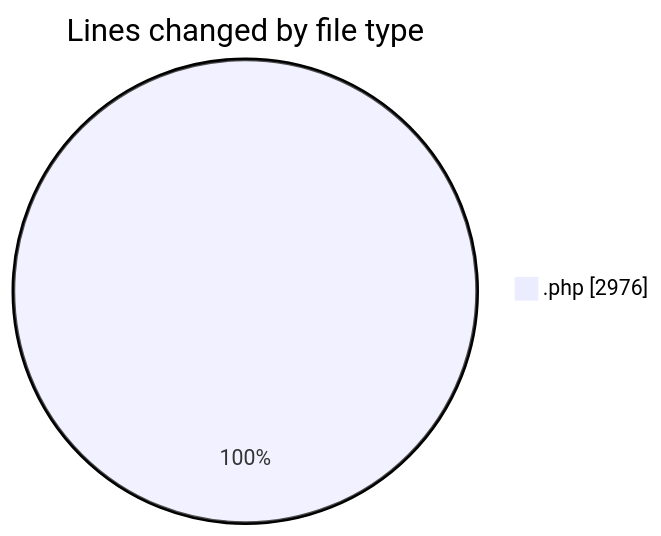
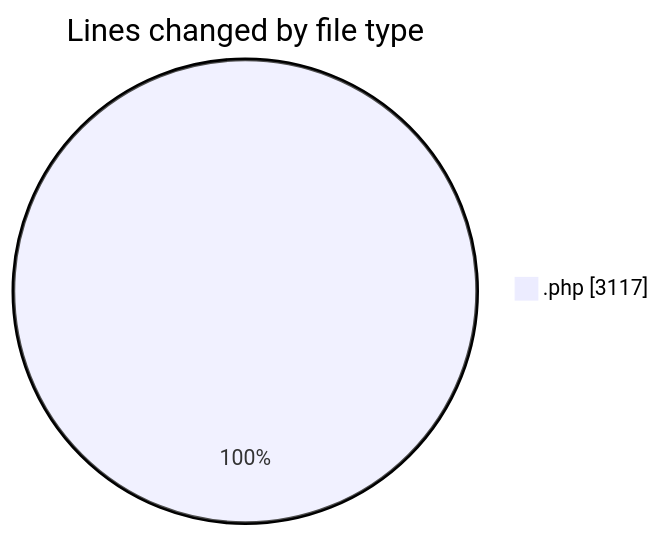
Before and after one commit to LanceThiago/code-tracking: the first of 2 diagrams in 2026-09-09/fz3temp-2/README.md, drawn with Mermaid. The commit also changed other lines of this file and 1 other file, not shown here.

````diff
--- a/2026-09-09/fz3temp-2/README.md
+++ b/2026-09-09/fz3temp-2/README.md
@@ -34,5 +35,5 @@
 ```mermaid
 pie showData
 title Lines changed by file type
-".php" : 2976
+".php" : 3117
 ```
````
